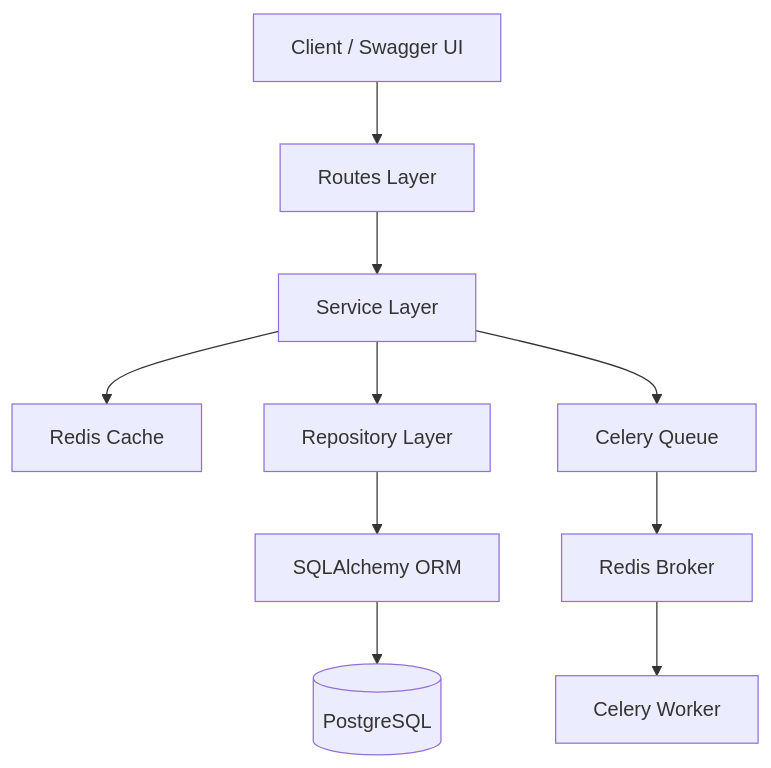
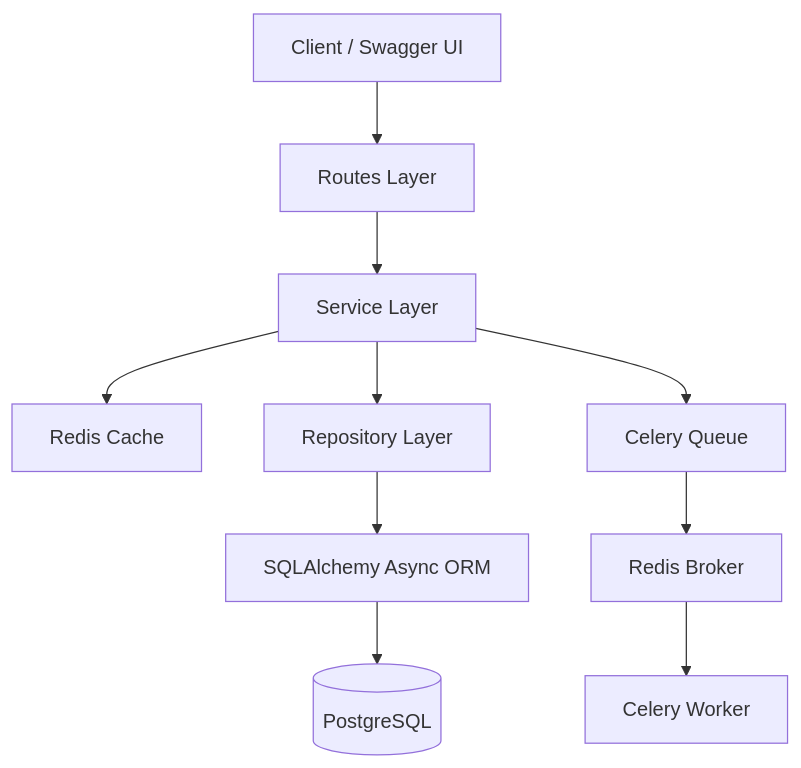
Before and after one commit to arpitgarg88/task-management-api: the diagram in README.md, drawn with Mermaid. The commit also changed other lines of this file and 13 other files, not shown here.

Commit message:
chore(docs): Added ARCHITECTURE.md & WORKFLOW.md and updated README.md

````diff
--- a/README.md
+++ b/README.md
@@ -172,18 +178,19 @@
 ```mermaid
 flowchart TD
 
 A[Client / Swagger UI]
 
 A --> B[Routes Layer]
+
 B --> C[Service Layer]
 
 C --> D[Redis Cache]
 C --> E[Repository Layer]
 
-E --> F[SQLAlchemy ORM]
+E --> F[SQLAlchemy Async ORM]
 F --> G[(PostgreSQL)]
 
 C --> H[Celery Queue]
 H --> I[Redis Broker]
 I --> J[Celery Worker]
 ```
````
